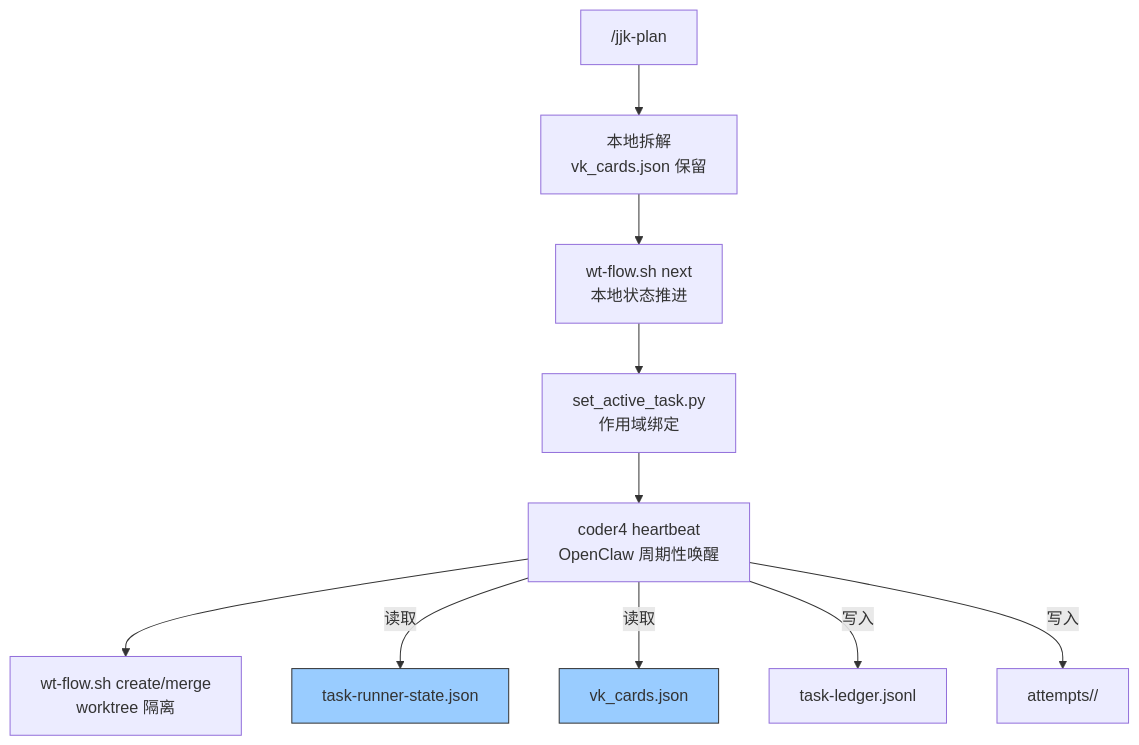
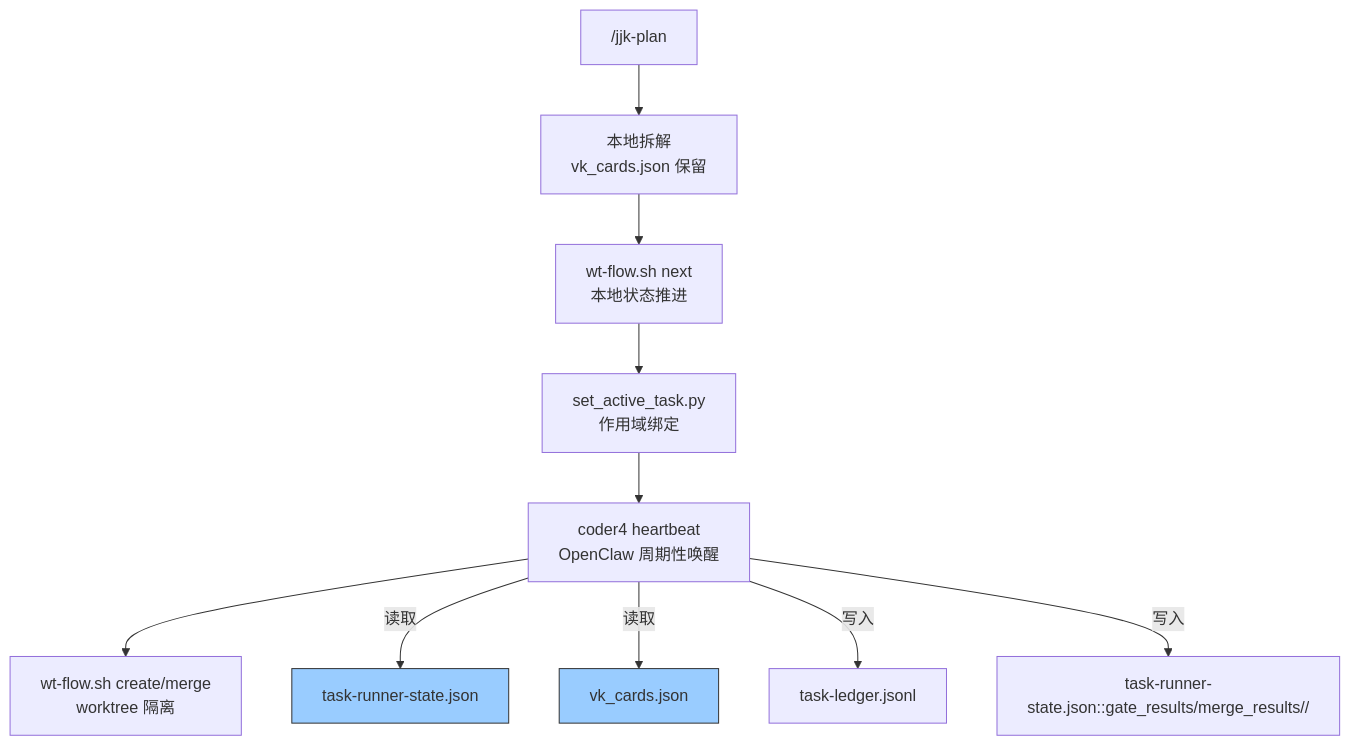
One commit to jijingkun-commits/fastapi changed the second of 4 diagrams in docs/内部参考/迭代需求/vibe_kanban依赖分析报告.md. Above: the diagram before and after it, drawn with Mermaid. The commit also changed other lines of this file and 174 other files, not shown here.

````diff
--- a/docs/内部参考/迭代需求/vibe_kanban依赖分析报告.md
+++ b/docs/内部参考/迭代需求/vibe_kanban依赖分析报告.md
@@ -212,16 +212,16 @@
 ```mermaid
 flowchart TD
     A["/jjk-plan"] --> B["本地拆解<br/>vk_cards.json 保留"]
     B --> C["wt-flow.sh next<br/>本地状态推进"]
     C --> D["set_active_task.py<br/>作用域绑定"]
     D --> E["coder4 heartbeat<br/>OpenClaw 周期性唤醒"]
     E --> F["wt-flow.sh create/merge<br/>worktree 隔离"]
 
     E -->|"读取"| G["task-runner-state.json"]
     E -->|"读取"| H["vk_cards.json"]
     E -->|"写入"| I["task-ledger.jsonl"]
-    E -->|"写入"| J["attempts/<card_id>/"]
+    E -->|"写入"| J["task-runner-state.json::gate_results/merge_results/<card_id>/"]
 
     style G fill:#9cf,stroke:#333
     style H fill:#9cf,stroke:#333
 ```
````
